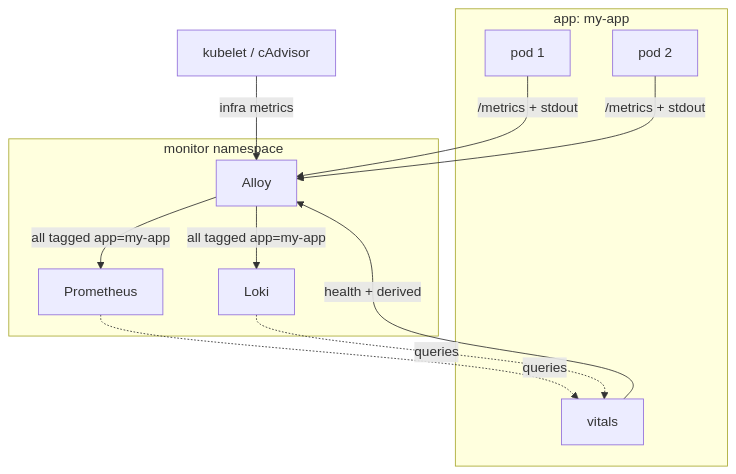
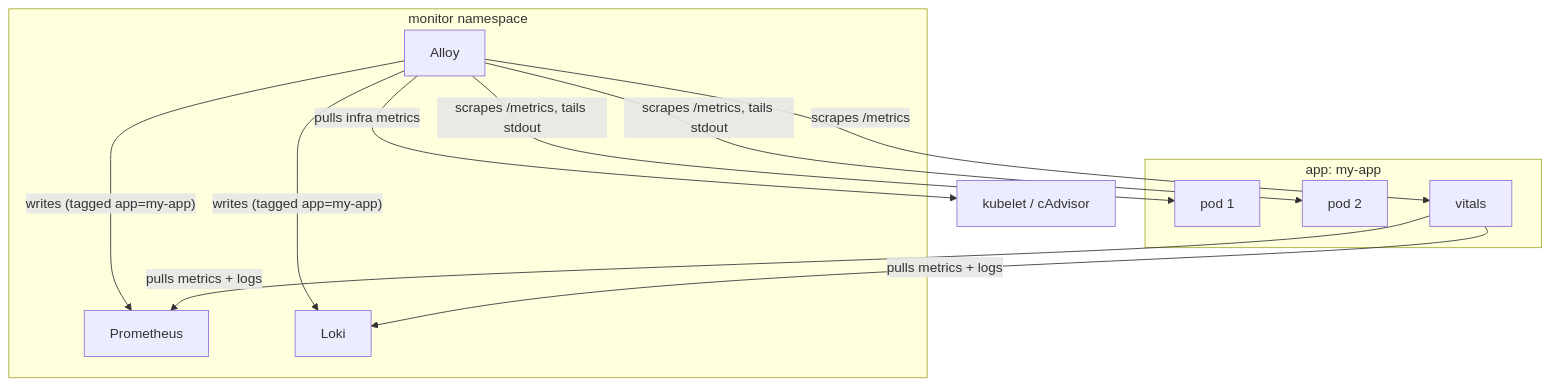
The diagram in docs/infra/monitoring.md (Kord96/kordinate), drawn with Mermaid before and after one commit.

Commit message:
Fix monitoring diagram: reverse arrows to show pull direction
Alloy pulls from sources (scrapes, tails), not the other way around.
Arrows now point from collector to source with labels like "scrapes",
"pulls", "tails" to make the data flow direction obvious.

````diff
--- a/docs/infra/monitoring.md
+++ b/docs/infra/monitoring.md
@@ -14,20 +14,20 @@
 ```mermaid
 flowchart TB
     subgraph app["app: my-app"]
         P1[pod 1]
         P2[pod 2]
         VIT[vitals]
     end
 
-    KC[kubelet / cAdvisor] -->|infra metrics| AL
-    P1 & P2 -->|/metrics + stdout| AL
-    AL -->|"all tagged app=my-app"| PR[Prometheus] & LK[Loki]
-    PR & LK -.->|queries| VIT
-    VIT -->|health + derived| AL
-
     subgraph mon[monitor namespace]
         AL[Alloy]
-        PR
-        LK
+        PR[Prometheus]
+        LK[Loki]
     end
+
+    AL -->|pulls infra metrics| KC[kubelet / cAdvisor]
+    AL -->|"scrapes /metrics, tails stdout"| P1 & P2
+    AL -->|scrapes /metrics| VIT
+    AL -->|"writes (tagged app=my-app)"| PR & LK
+    VIT -->|pulls metrics + logs| PR & LK
 ```
````
